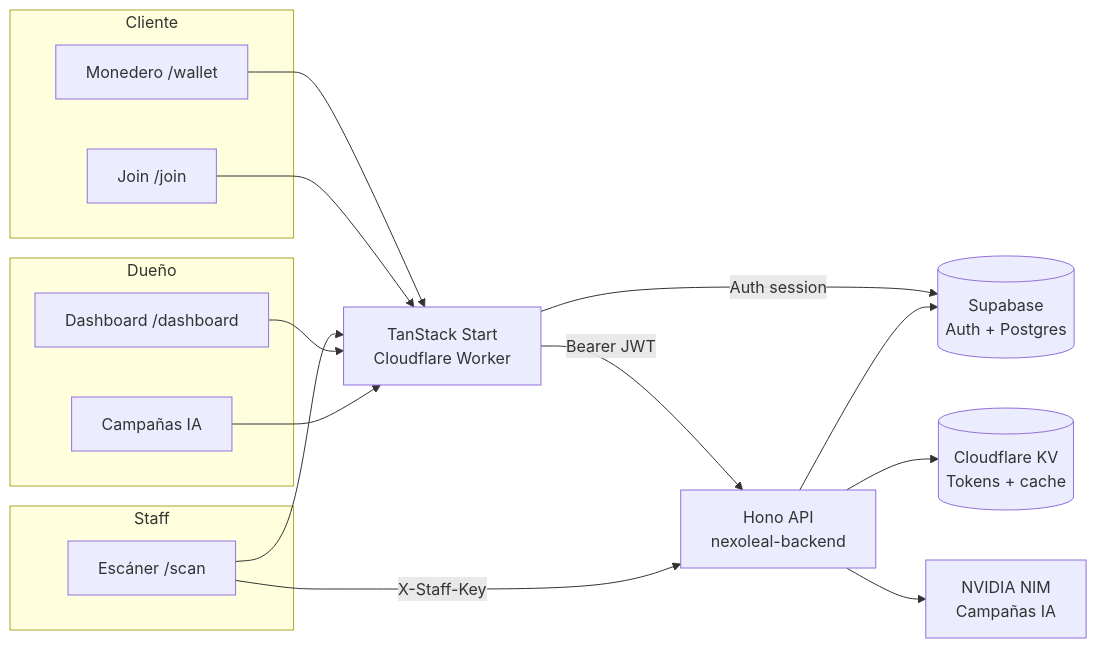
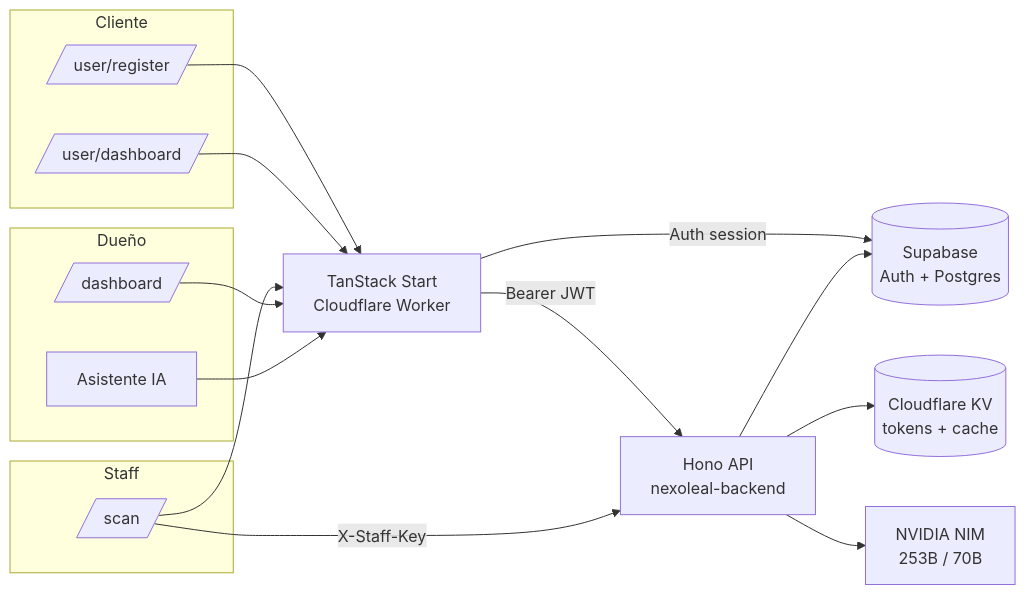
Before and after one commit to Jose-Gael-Cruz-Lopez/GTM-Builds: the second of 2 diagrams in README.md, drawn with Mermaid. The commit also changed other lines of this file, not shown here.

````diff
--- a/README.md
+++ b/README.md
@@ -151,34 +125,34 @@
 ```mermaid
 flowchart LR
   subgraph Cliente
-    W[Monedero /wallet]
-    J[Join /join]
+    UR[/user/register/]
+    UD[/user/dashboard/]
   end
 
   subgraph Staff
-    S[Escáner /scan]
+    SC[/scan/]
   end
 
   subgraph Dueño
-    D[Dashboard /dashboard]
-    C[Campañas IA]
+    DB[/dashboard/]
+    AI[Asistente IA]
   end
 
-  FE[TanStack Start\nCloudflare Worker]
-  API[Hono API\nnexoleal-backend]
-  SB[(Supabase\nAuth + Postgres)]
-  KV[(Cloudflare KV\nTokens + cache)]
-  NIM[NVIDIA NIM\nCampañas IA]
+  FE[TanStack Start<br/>Cloudflare Worker]
+  API[Hono API<br/>nexoleal-backend]
+  SB[(Supabase<br/>Auth + Postgres)]
+  KV[(Cloudflare KV<br/>tokens + cache)]
+  NIM[NVIDIA NIM<br/>253B / 70B]
 
-  W --> FE
-  J --> FE
-  S --> FE
-  D --> FE
-  C --> FE
+  UR --> FE
+  UD --> FE
+  SC --> FE
+  DB --> FE
+  AI --> FE
   FE -->|Bearer JWT| API
   FE -->|Auth session| SB
-  S -->|X-Staff-Key| API
+  SC -->|X-Staff-Key| API
   API --> SB
   API --> KV
   API --> NIM
 ```
````
